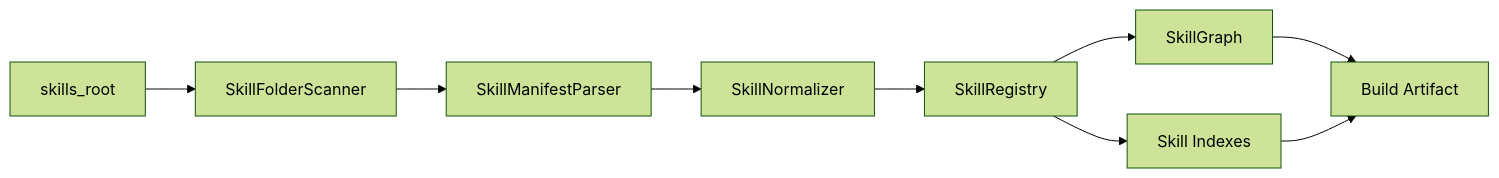
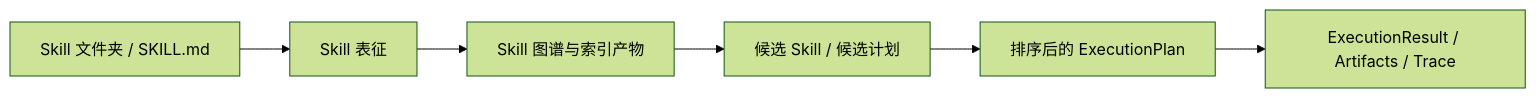
One commit to xiao-yu-lin/SkillMash changed the first of 4 diagrams in docs/skill-orchestration-system-design.md. Above: the diagram before and after it, drawn with Mermaid (forest theme). The commit also changed other lines of this file and 41 other files, not shown here.

````diff
--- a/docs/skill-orchestration-system-design.md
+++ b/docs/skill-orchestration-system-design.md
@@ -348,11 +51,15 @@
 ```mermaid
 flowchart LR
-  Root["skills_root"] --> Scanner["SkillFolderScanner"]
-  Scanner --> Parser["SkillManifestParser"]
-  Parser --> Normalizer["SkillNormalizer"]
-  Normalizer --> Registry["SkillRegistry"]
-  Registry --> Graph["SkillGraph"]
-  Registry --> Index["Skill Indexes"]
-  Graph --> Artifact["Build Artifact"]
-  Index --> Artifact
+  RawSkill["Skill 文件夹 / SKILL.md"]
+  Representation["Skill 表征"]
+  GraphArtifact["Skill 图谱与索引产物"]
+  Candidates["候选 Skill / 候选计划"]
+  RankedPlans["排序后的 ExecutionPlan"]
+  Result["ExecutionResult / Artifacts / Trace"]
+
+  RawSkill --> Representation
+  Representation --> GraphArtifact
+  GraphArtifact --> Candidates
+  Candidates --> RankedPlans
+  RankedPlans --> Result
 ```
````
